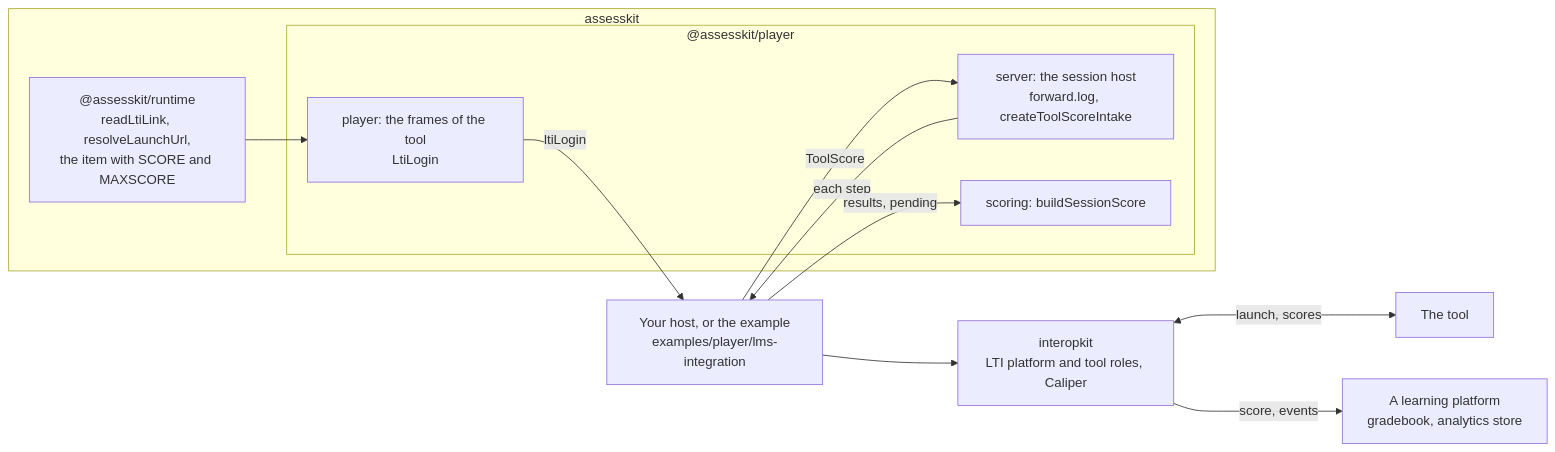
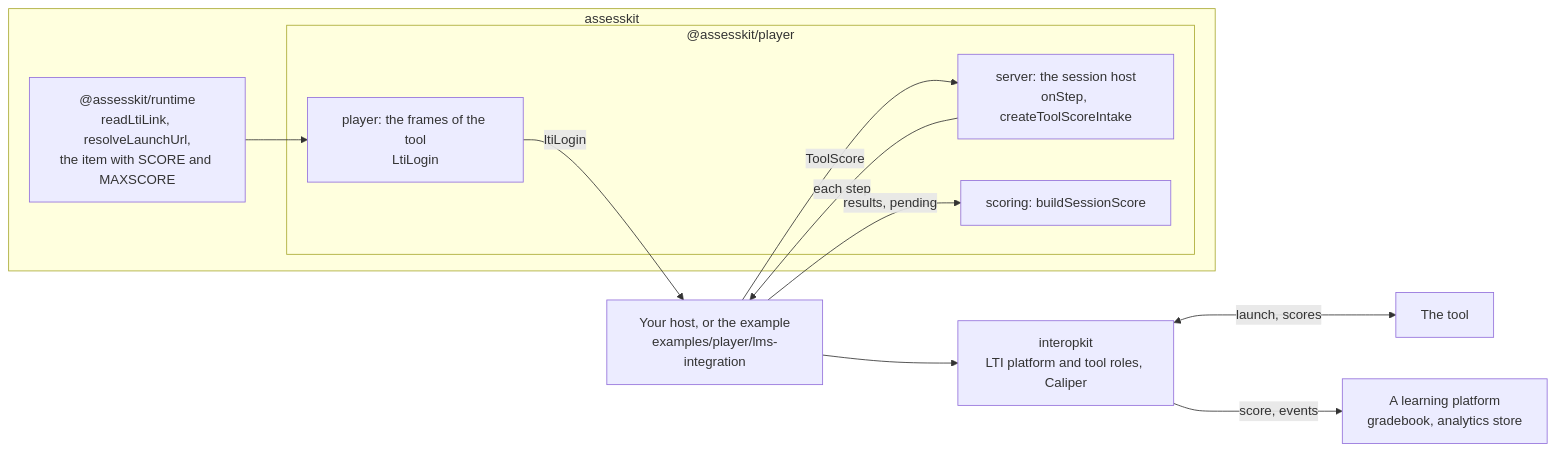
One commit to assesskit/assesskit changed the first of 2 diagrams in docs/player/lti-items.md. Above: the diagram before and after it, drawn with Mermaid. The commit also changed other lines of this file and 19 other files, not shown here.

````diff
--- a/docs/player/lti-items.md
+++ b/docs/player/lti-items.md
@@ -9,23 +9,23 @@
 ```mermaid
 flowchart LR
   subgraph assesskit["assesskit"]
     runtime["@assesskit/runtime<br/>readLtiLink, resolveLaunchUrl,<br/>the item with SCORE and MAXSCORE"]
     subgraph player["@assesskit/player"]
       frame["player: the frames of the tool<br/>LtiLogin"]
-      srv["server: the session host<br/>forward.log, createToolScoreIntake"]
+      srv["server: the session host<br/>onStep, createToolScoreIntake"]
       scoring["scoring: buildSessionScore"]
     end
   end
   host["Your host, or the example<br/>examples/player/lms-integration"]
   kit["interopkit<br/>LTI platform and tool roles, Caliper"]
   tool["The tool"]
   lms["A learning platform<br/>gradebook, analytics store"]
   frame -->|ltiLogin| host
   host --> kit
   kit <-->|launch, scores| tool
   host -->|ToolScore| srv
   srv -->|each step| host
   host -->|results, pending| scoring
   kit -->|score, events| lms
   runtime --> frame
 ```
````
